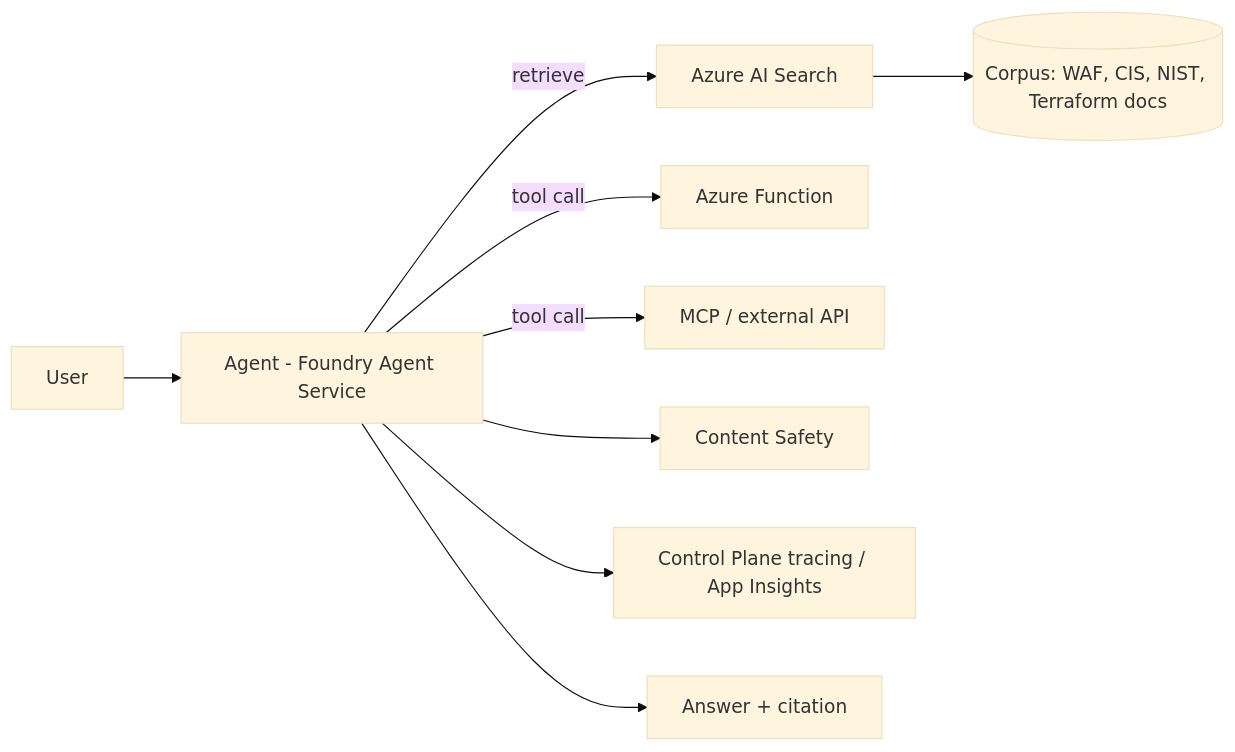
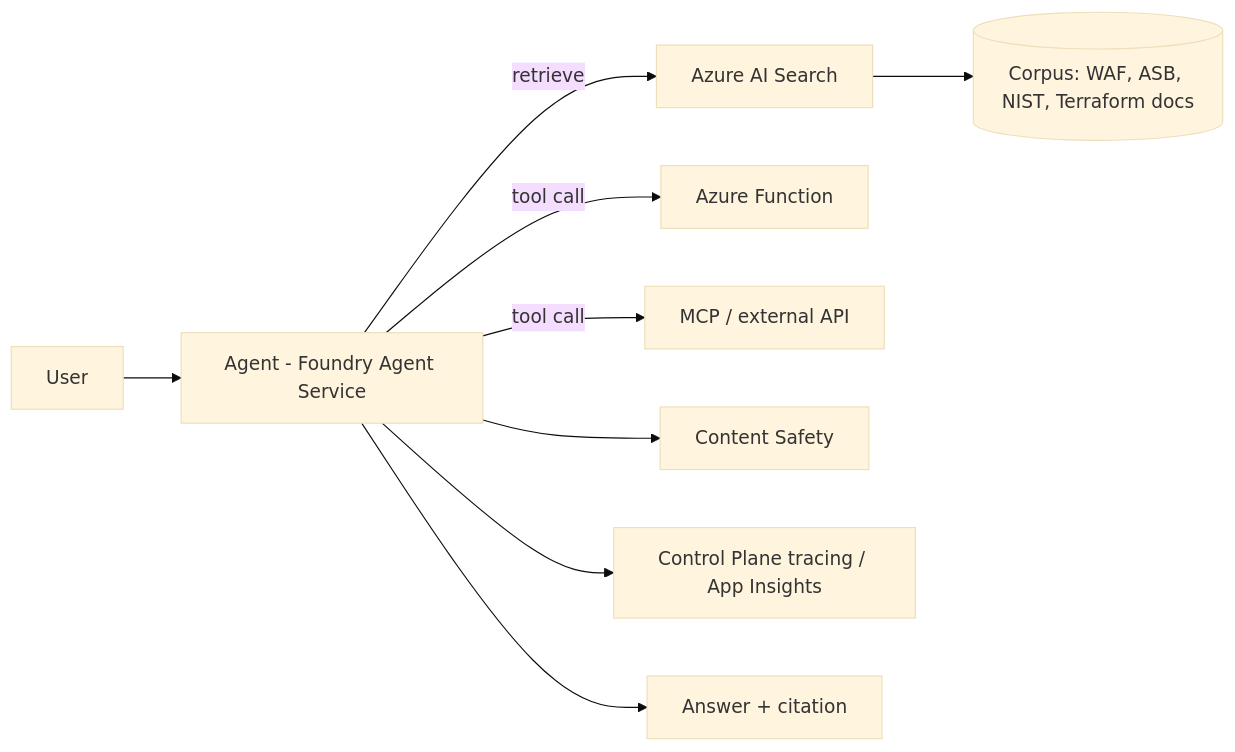
Before and after one commit to ecvanlare/cloud-standards-assistant: the diagram in docs/ARCHITECTURE.md, drawn with Mermaid (base theme). The commit also changed other lines of this file and 10 other files, not shown here.

Commit message:
Replace CIS Benchmarks with Azure Security Benchmark so all four corpus sources are auto-fetchable.

````diff
--- a/docs/ARCHITECTURE.md
+++ b/docs/ARCHITECTURE.md
@@ -9,11 +9,11 @@
 ```mermaid
 flowchart LR
     U[User] --> A[Agent - Foundry Agent Service]
     A -->|retrieve| S[Azure AI Search]
     A -->|tool call| T1[Azure Function]
     A -->|tool call| T2[MCP / external API]
-    S --> C[(Corpus: WAF, CIS, NIST, Terraform docs)]
+    S --> C[(Corpus: WAF, ASB, NIST, Terraform docs)]
     A --> CS[Content Safety]
     A --> O[Control Plane tracing / App Insights]
     A --> R[Answer + citation]
 ```
````
